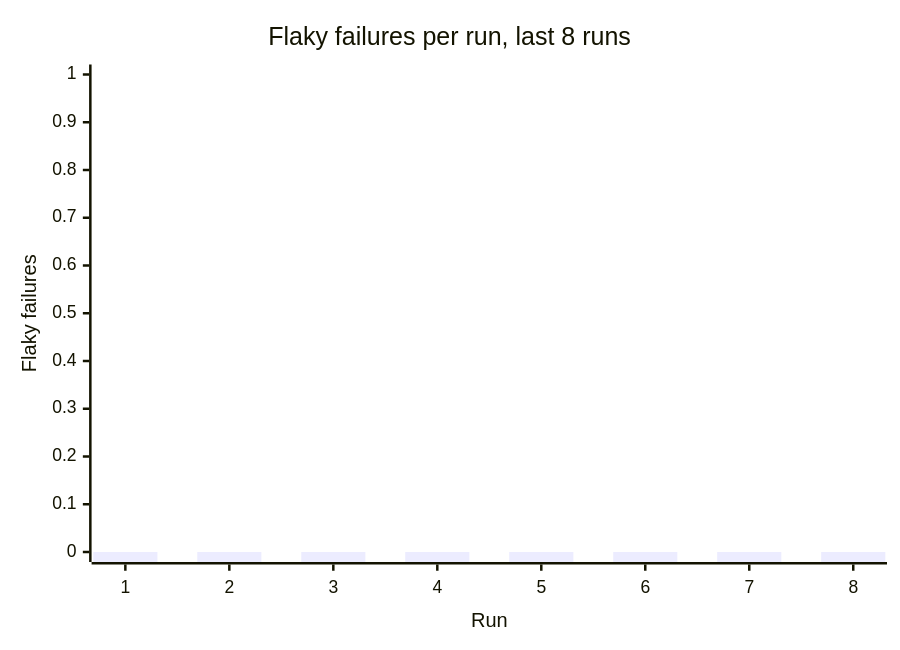
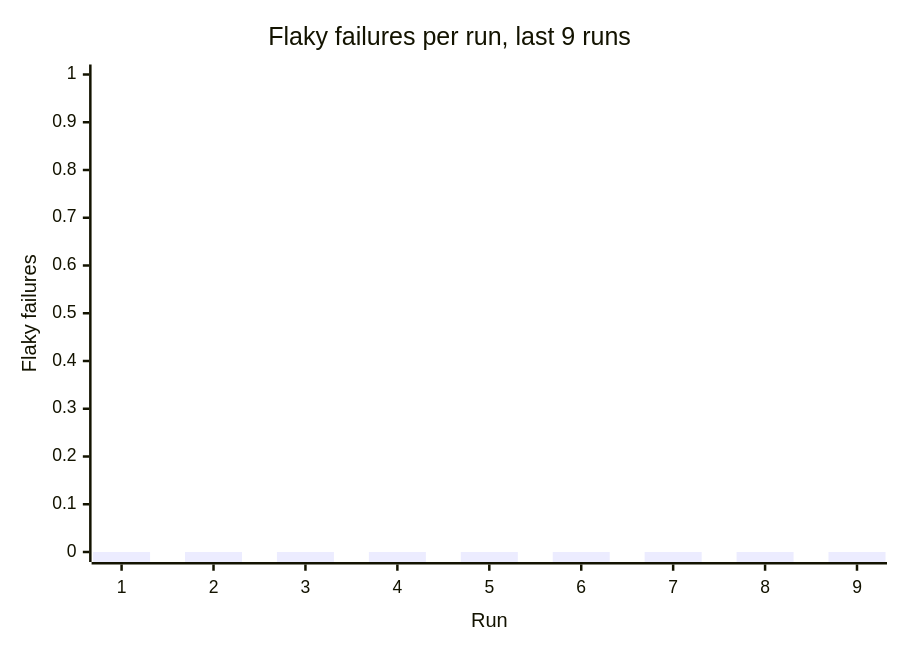
One commit to Shirojoufu/DORA-Metrics changed the second of 3 diagrams in reports/summary.md. Above: the diagram before and after it, drawn with Mermaid. The commit also changed other lines of this file and 5 other files, not shown here.

````diff
--- a/reports/summary.md
+++ b/reports/summary.md
@@ -25,7 +25,7 @@
 ```mermaid
 xychart-beta
-    title "Flaky failures per run, last 8 runs"
-    x-axis "Run" [1, 2, 3, 4, 5, 6, 7, 8]
+    title "Flaky failures per run, last 9 runs"
+    x-axis "Run" [1, 2, 3, 4, 5, 6, 7, 8, 9]
     y-axis "Flaky failures" 0 --> 1
-    bar [0, 0, 0, 0, 0, 0, 0, 0]
+    bar [0, 0, 0, 0, 0, 0, 0, 0, 0]
 ```
````
